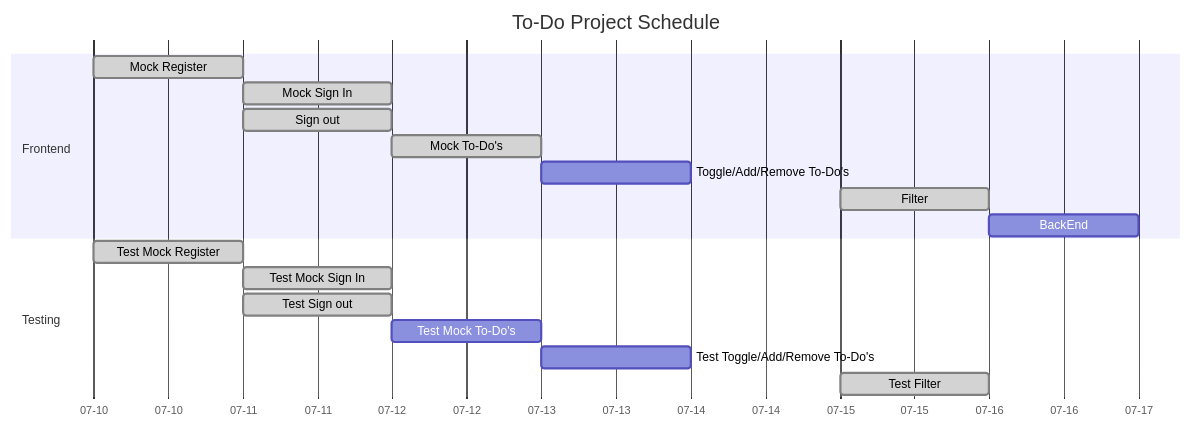
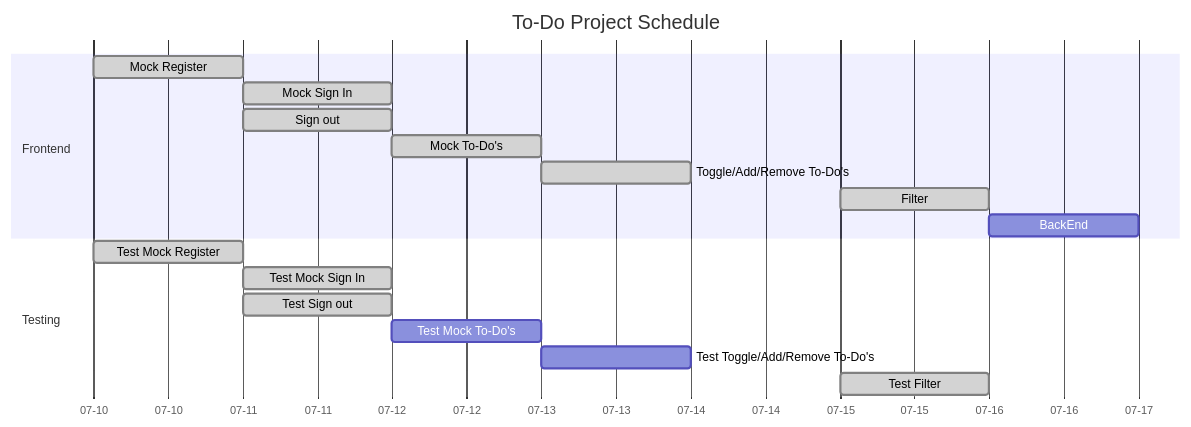
One commit to RafaelM011/ToDo-FrontEnd changed the diagram in README.md. Above: the diagram before and after it, drawn with Mermaid. The commit also changed other lines of this file, not shown here.

````diff
--- a/README.md
+++ b/README.md
@@ -23,23 +23,23 @@
 ```mermaid
     gantt 
         title To-Do Project Schedule
         dateFormat MM-DD
         axisFormat %m-%d
         
         section Frontend
             Mock Register                   :done, 07-10, 1d
             Mock Sign In                    :done, 07-11, 1d
             Sign out                        :done, 07-11, 1d
             Mock To-Do's                    :done, 07-12, 1d
-            Toggle/Add/Remove To-Do's       :07-13, 1d
+            Toggle/Add/Remove To-Do's       :done, 07-13, 1d
             Filter                          :done, 07-15, 1d
             BackEnd                         :07-16, 1d
 
         section Testing
             Test Mock Register              :done, 07-10, 1d
             Test Mock Sign In               :done, 07-11, 1d
             Test Sign out                   :done, 07-11, 1d
             Test Mock To-Do's               :07-12, 1d
             Test Toggle/Add/Remove To-Do's  :07-13, 1d
             Test Filter                     :done, 07-15,1d
 ```
````
